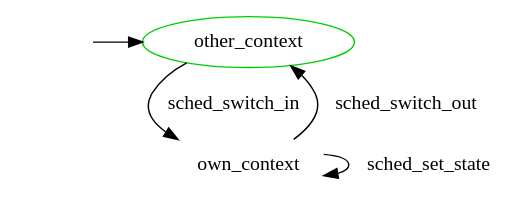
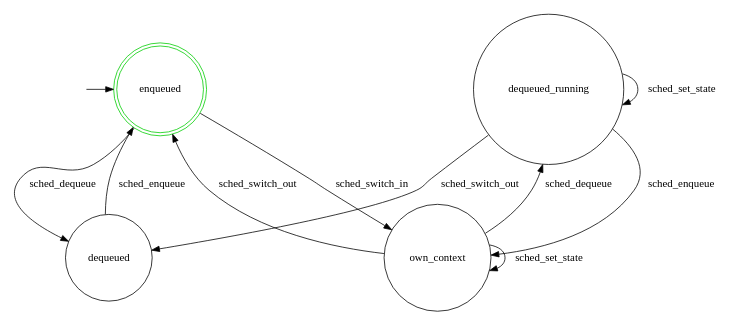
One commit to intel-lab-lkp/linux changed the diagram in tools/verification/models/sched/snroc.dot. Above: the diagram before and after it, drawn with Graphviz. The commit also changed 3 other files, not shown here.

First line of the commit message:
rv: Add enqueue/dequeue to snroc monitor

```diff
--- a/tools/verification/models/sched/snroc.dot
+++ b/tools/verification/models/sched/snroc.dot
@@ -1,18 +1,28 @@
 digraph state_automaton {
 	center = true;
 	size = "7,11";
-	{node [shape = plaintext, style=invis, label=""] "__init_other_context"};
-	{node [shape = ellipse] "other_context"};
-	{node [shape = plaintext] "other_context"};
-	{node [shape = plaintext] "own_context"};
-	"__init_other_context" -> "other_context";
-	"other_context" [label = "other_context", color = green3];
-	"other_context" -> "own_context" [ label = "sched_switch_in" ];
+	{node [shape = circle] "dequeued"};
+	{node [shape = circle] "dequeued_running"};
+	{node [shape = plaintext, style=invis, label=""] "__init_enqueued"};
+	{node [shape = doublecircle] "enqueued"};
+	{node [shape = circle] "enqueued"};
+	{node [shape = circle] "own_context"};
+	"__init_enqueued" -> "enqueued";
+	"dequeued" [label = "dequeued"];
+	"dequeued" -> "enqueued" [ label = "sched_enqueue" ];
+	"dequeued_running" [label = "dequeued_running"];
+	"dequeued_running" -> "dequeued" [ label = "sched_switch_out" ];
+	"dequeued_running" -> "dequeued_running" [ label = "sched_set_state" ];
+	"dequeued_running" -> "own_context" [ label = "sched_enqueue" ];
+	"enqueued" [label = "enqueued", color = green3];
+	"enqueued" -> "dequeued" [ label = "sched_dequeue" ];
+	"enqueued" -> "own_context" [ label = "sched_switch_in" ];
 	"own_context" [label = "own_context"];
-	"own_context" -> "other_context" [ label = "sched_switch_out" ];
+	"own_context" -> "dequeued_running" [ label = "sched_dequeue" ];
+	"own_context" -> "enqueued" [ label = "sched_switch_out" ];
 	"own_context" -> "own_context" [ label = "sched_set_state" ];
 	{ rank = min ;
-		"__init_other_context";
-		"other_context";
+		"__init_enqueued";
+		"enqueued";
 	}
 }
```
